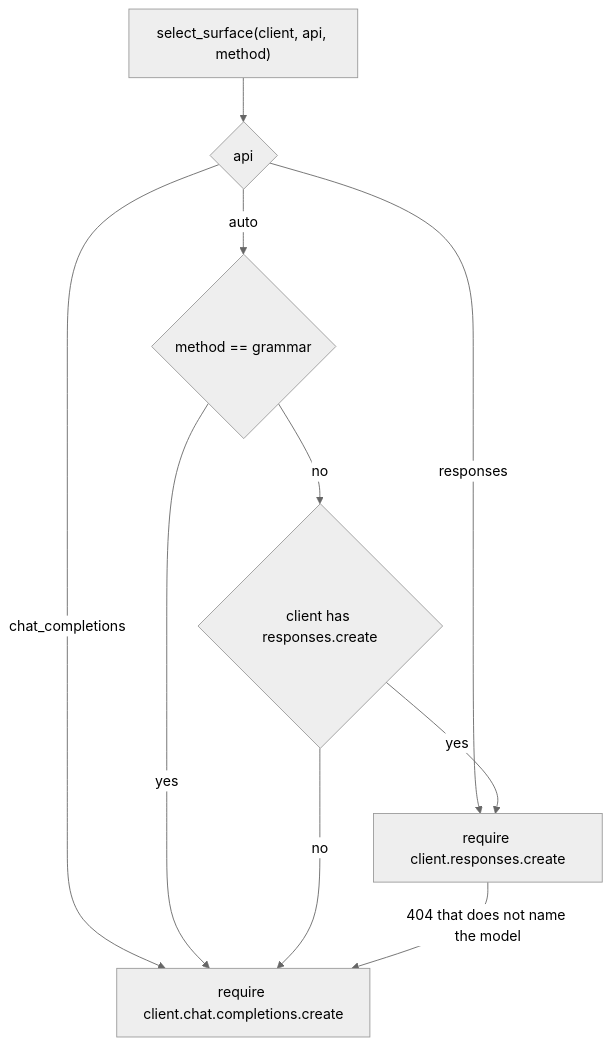
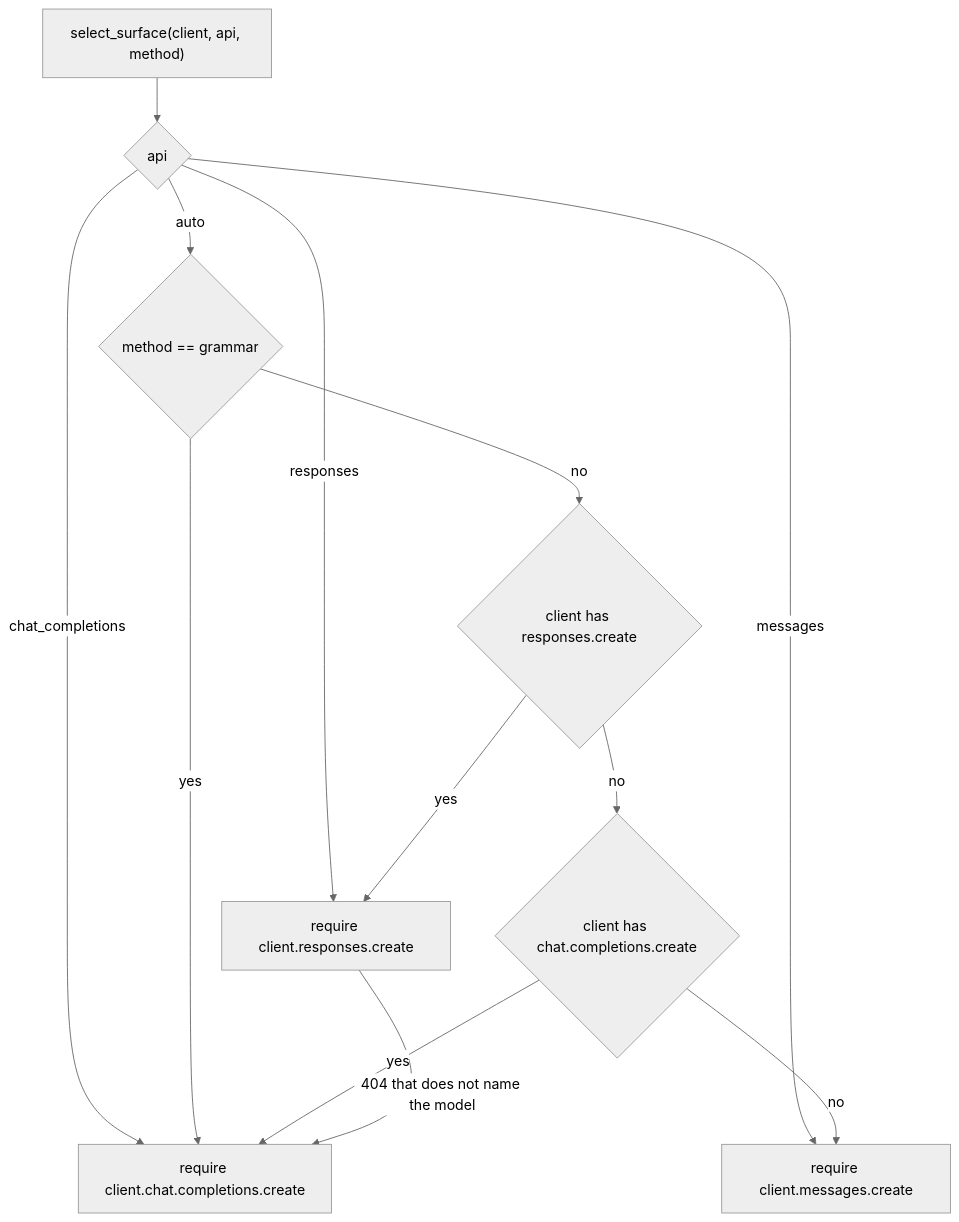
The diagram in docs/methods.md (zhulinchng/jevper), drawn with Mermaid (neutral theme) before and after one commit. The commit also changed other lines of this file and 22 other files, not shown here.

````diff
--- a/docs/methods.md
+++ b/docs/methods.md
@@ -100,12 +100,15 @@
 ```mermaid
 flowchart TD
     A["select_surface(client, api, method)"] --> B{"api"}
     B -->|"responses"| C["require client.responses.create"]
     B -->|"chat_completions"| D["require client.chat.completions.create"]
+    B -->|"messages"| G["require client.messages.create"]
     B -->|"auto"| E{"method == grammar"}
     E -->|"yes"| D
     E -->|"no"| F{"client has responses.create"}
     F -->|"yes"| C
-    F -->|"no"| D
+    F -->|"no"| H{"client has chat.completions.create"}
+    H -->|"yes"| D
+    H -->|"no"| G
     C -->|"404 that does not name the model"| D
 ```
````
